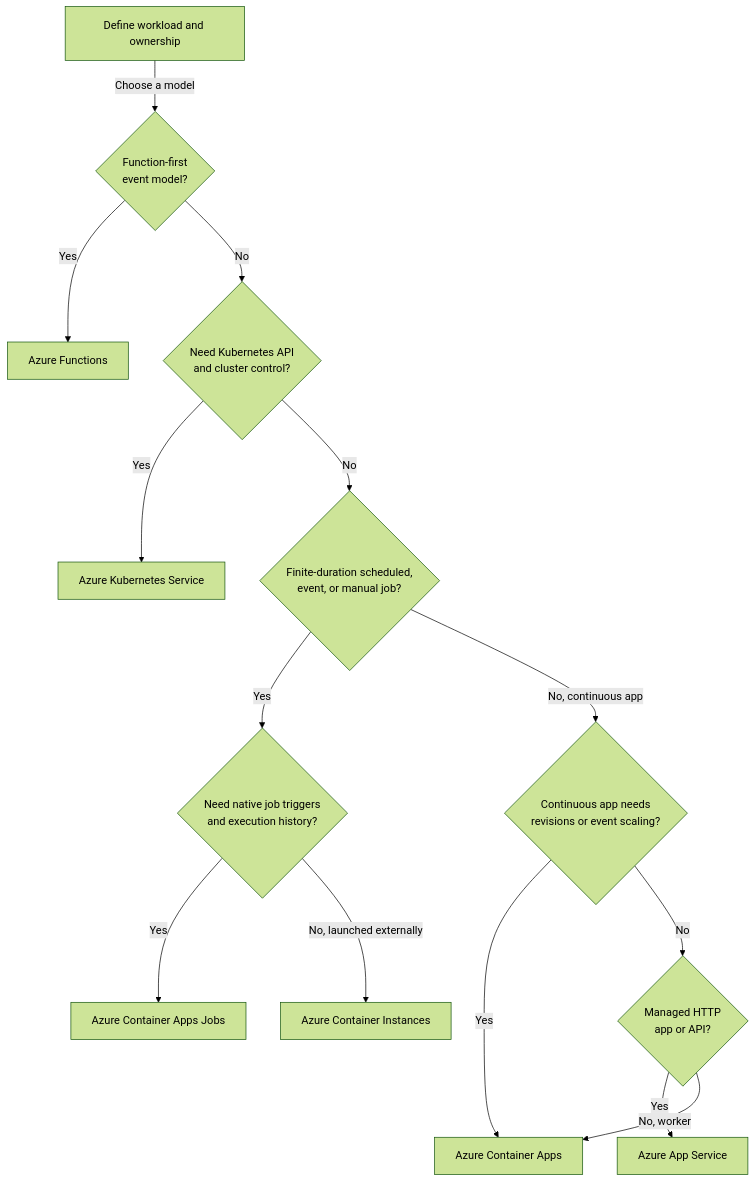
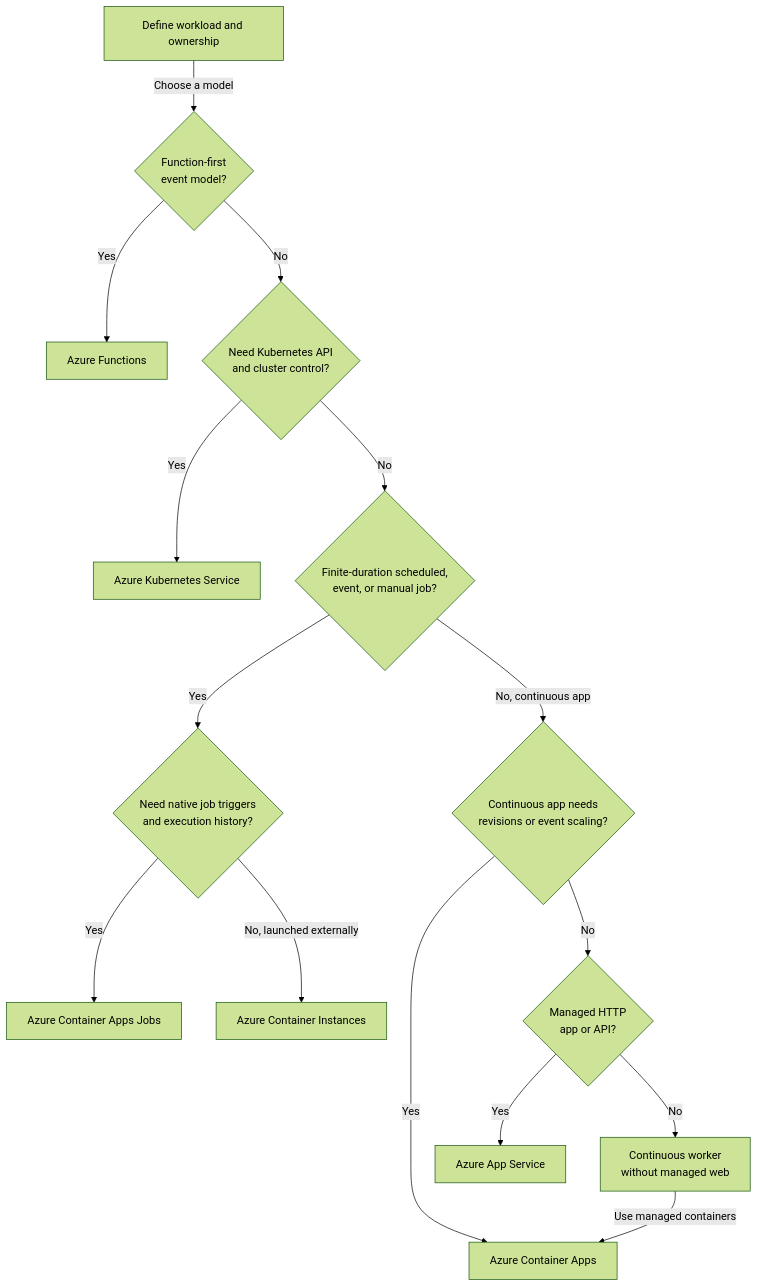
One commit to yeongseon/azure-container-apps-practical-guide changed the second of 2 diagrams in docs/start-here/when-to-use-container-apps.md. Above: the diagram before and after it, drawn with Mermaid (forest theme). The commit also changed other lines of this file and 15 other files, not shown here.

First line of the commit message:
fix(diagrams): correct runtime, tutorial topology and CI/CD diagram paths and record review (#639)

````diff
--- a/docs/start-here/when-to-use-container-apps.md
+++ b/docs/start-here/when-to-use-container-apps.md
@@ -130,33 +130,35 @@
 ```mermaid
 flowchart TD
     accTitle: Choose an Azure application or container compute service
-    accDescr: After the function-model and Kubernetes-control checks, separate finite-duration jobs from continuously running applications. Prefer Container Apps Jobs for native manual, scheduled, or event-driven job execution, Container Instances for isolated run-once work launched externally, Container Apps for managed continuous container applications that need revisions or event scaling, App Service for managed web applications, Functions for a function-first model, or AKS for direct Kubernetes control.
+    accDescr: After the function-model and Kubernetes-control checks, separate finite-duration jobs from continuously running applications. A distinct worker route leads from the managed web decision to Container Apps without sharing the revisions or event-scaling route. Prefer Container Apps Jobs for native jobs, Container Instances for externally launched run-once work, App Service for managed web applications, Functions for a function-first model, or AKS for direct Kubernetes control.
 
     START[Define workload and ownership]
     FUNCTION{Function-first<br/>event model?}
     KUBERNETES{Need Kubernetes API<br/>and cluster control?}
     FINITE_JOB{Finite-duration scheduled,<br/>event, or manual job?}
     MANAGED_JOB{Need native job triggers<br/>and execution history?}
     MANAGED_APP{Continuous app needs<br/>revisions or event scaling?}
     WEB{Managed HTTP<br/>app or API?}
     FUNCTIONS[Azure Functions]
     AKS[Azure Kubernetes Service]
     CONTAINER_APPS[Azure Container Apps]
     APP_SERVICE[Azure App Service]
     CONTAINER_APPS_JOBS[Azure Container Apps Jobs]
     ACI[Azure Container Instances]
+    WORKER[Continuous worker<br/>without managed web]
 
     START -->|Choose a model| FUNCTION
     FUNCTION -->|Yes| FUNCTIONS
     FUNCTION -->|No| KUBERNETES
     KUBERNETES -->|Yes| AKS
     KUBERNETES -->|No| FINITE_JOB
     FINITE_JOB -->|Yes| MANAGED_JOB
     FINITE_JOB -->|No, continuous app| MANAGED_APP
     MANAGED_JOB -->|Yes| CONTAINER_APPS_JOBS
     MANAGED_JOB -->|No, launched externally| ACI
     MANAGED_APP -->|Yes| CONTAINER_APPS
     MANAGED_APP -->|No| WEB
     WEB -->|Yes| APP_SERVICE
-    WEB -->|No, worker| CONTAINER_APPS
+    WEB -->|No| WORKER
+    WORKER -->|Use managed containers| CONTAINER_APPS
 ```
````
